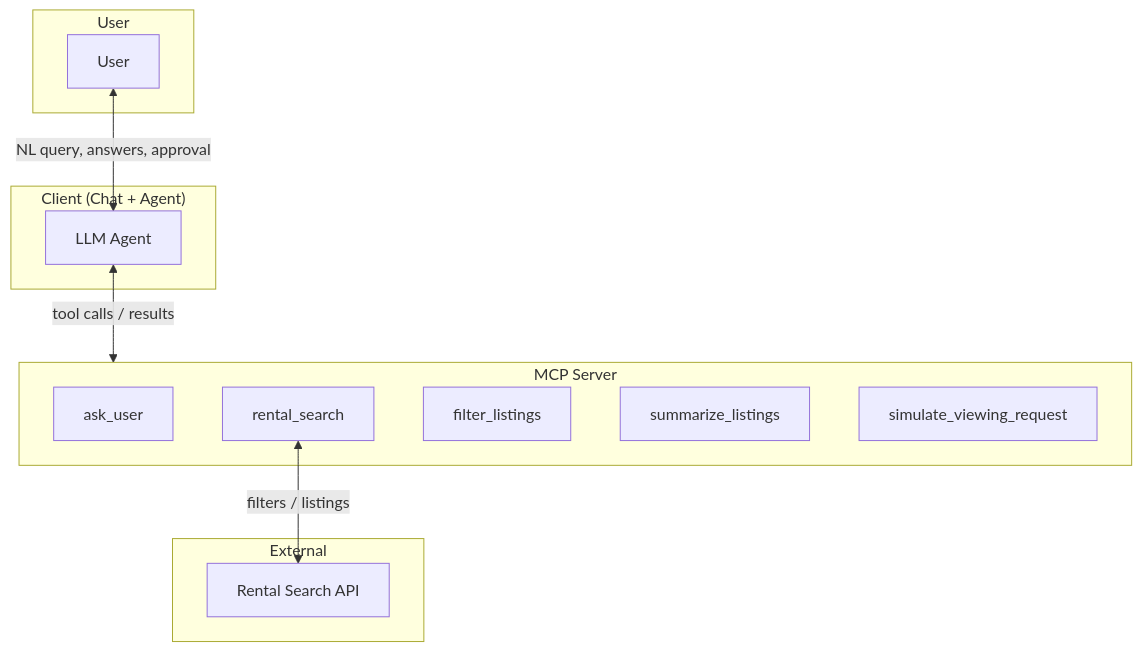
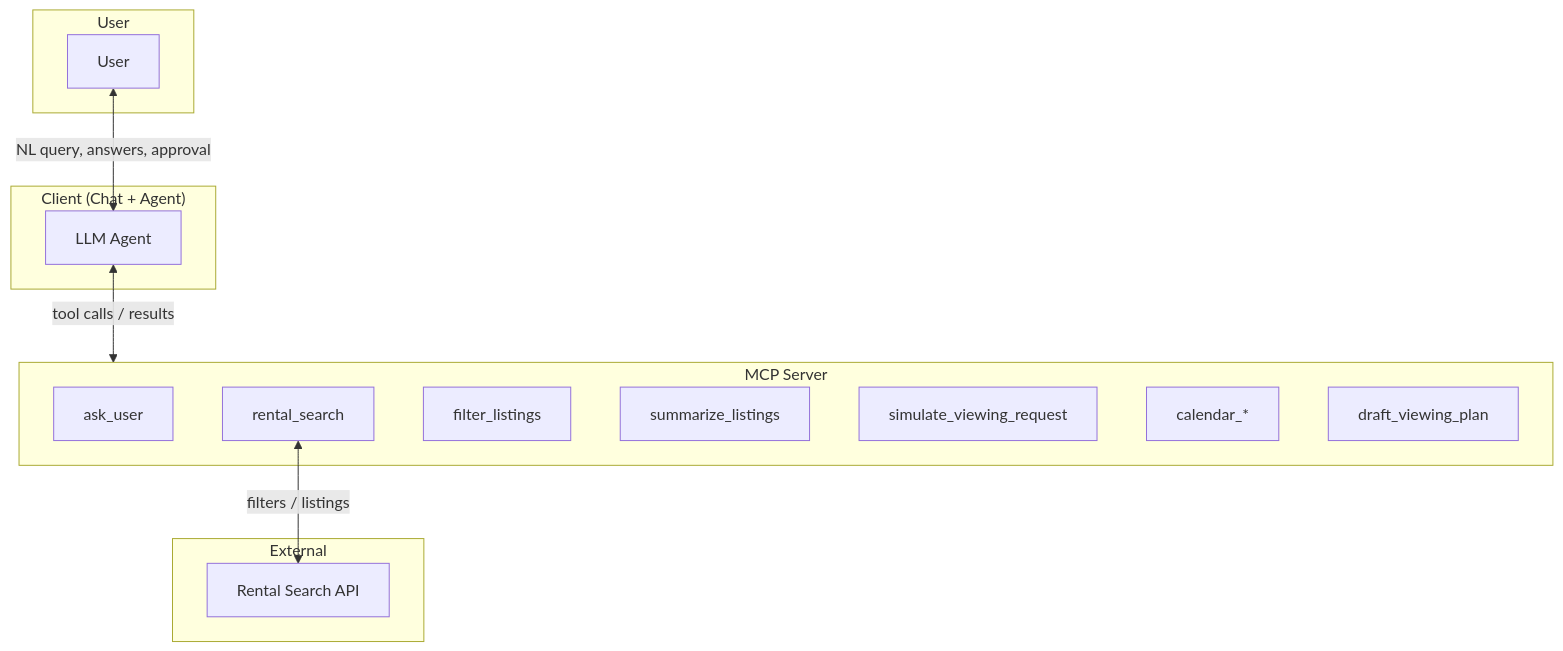
Before and after one commit to smakamali/rental_search_agent: the diagram in docs/rental-search-assistant-mvp.md, drawn with Mermaid. The commit also changed other lines of this file, not shown here.

Commit message:
Update MVP spec: add calendar tools and viewing plan

````diff
--- a/docs/rental-search-assistant-mvp.md
+++ b/docs/rental-search-assistant-mvp.md
@@ -11,26 +11,28 @@
 ```mermaid
 flowchart TB
     subgraph User["User"]
         U[User]
     end
 
     subgraph Client["Client (Chat + Agent)"]
         A[LLM Agent]
     end
 
     subgraph MCP["MCP Server"]
         T1[ask_user]
         T2[rental_search]
         T2b[filter_listings]
         T2c[summarize_listings]
         T3[simulate_viewing_request]
+        T4[calendar_*]
+        T5[draft_viewing_plan]
     end
 
     subgraph External["External"]
         R[Rental Search API]
     end
 
     U <-->|"NL query, answers, approval"| A
     A <-->|"tool calls / results"| MCP
     T2 <-->|"filters / listings"| R
 ```
````
